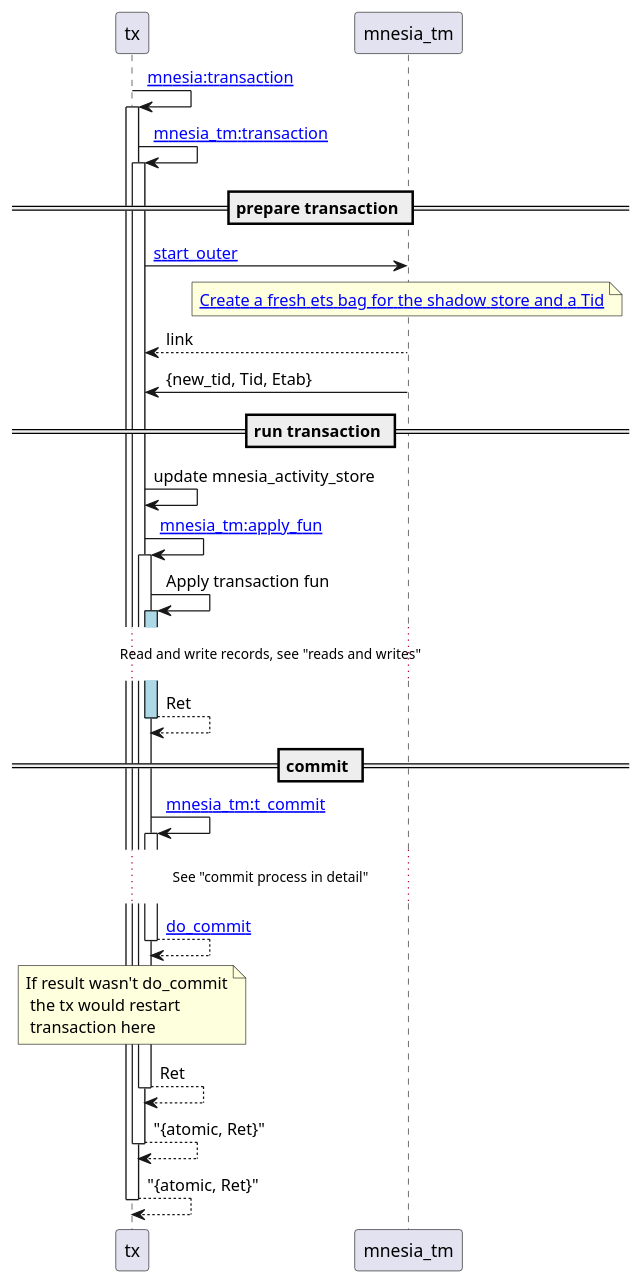
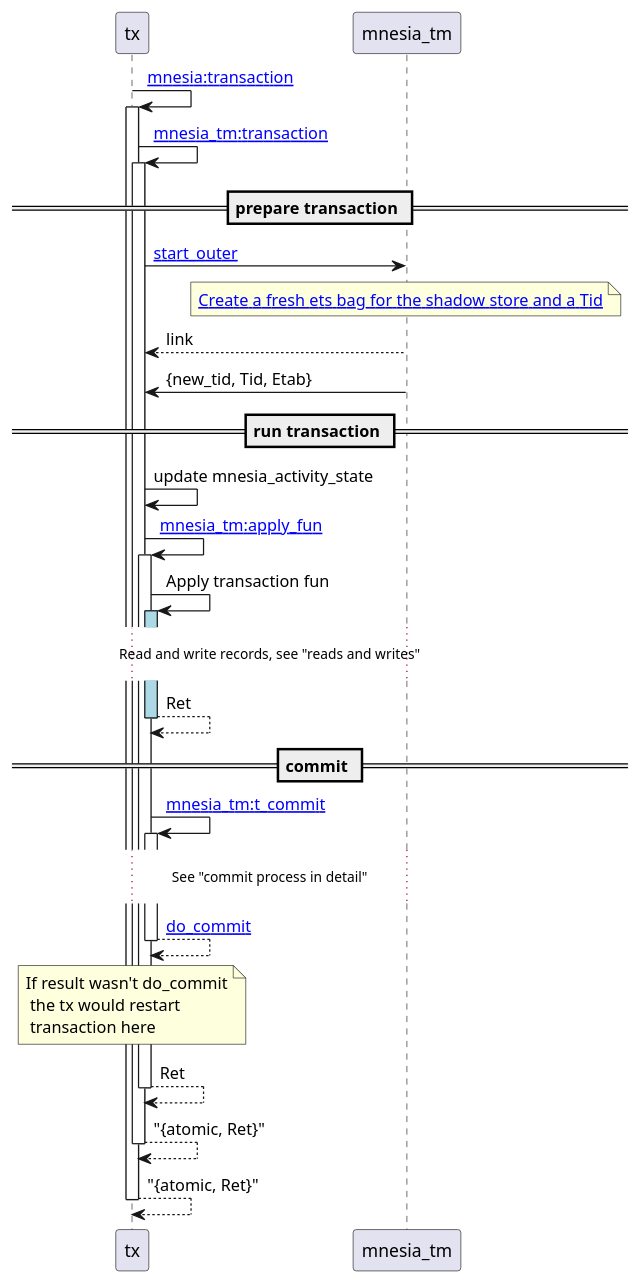
One commit to k32/k32 changed the first of 3 diagrams in posts/2021-04-26-mnesia.org. Above: the diagram before and after it, drawn with PlantUML. The commit also changed other lines of this file and 3 other files, not shown here.

Commit message:
More on transaction flow

```diff
--- a/posts/2021-04-26-mnesia.org
+++ b/posts/2021-04-26-mnesia.org
@@ -16,35 +17,35 @@
 #+begin_src plantuml :file mnesia_trans.svg
 participant tx
 participant mnesia_tm
 
 tx -> tx++ : [[https://github.com/erlang/otp/blob/OTP-24.0/lib/mnesia/src/mnesia.erl#L418 mnesia:transaction]]
 tx -> tx++ : [[https://github.com/erlang/otp/blob/OTP-24.0/lib/mnesia/src/mnesia_tm.erl#L761 mnesia_tm:transaction]]
 
 == prepare transaction ==
   tx -> mnesia_tm : [[https://github.com/erlang/otp/blob/OTP-24.0/lib/mnesia/src/mnesia_tm.erl#L777 start_outer]]
     note over mnesia_tm: [[https://github.com/erlang/otp/blob/OTP-24.0/lib/mnesia/src/mnesia_tm.erl#L232 Create a fresh ets bag for the shadow store and a Tid]]
   tx <-- mnesia_tm : link
   tx <- mnesia_tm : {new_tid, Tid, Etab}
 
 == run transaction ==
-  tx -> tx : update mnesia_activity_store
+  tx -> tx : update mnesia_activity_state
   tx -> tx ++ : [[https://github.com/erlang/otp/blob/OTP-24.0/lib/mnesia/src/mnesia_tm.erl#L841 mnesia_tm:apply_fun]]
     tx -> tx++ #LightBlue : Apply transaction fun
 
 ... Read and write records, see "reads and writes" ...
 
     return Ret
 
 == commit ==
 
     tx -> tx++ : [[https://github.com/erlang/otp/blob/OTP-24.0/lib/mnesia/src/mnesia_tm.erl#L1094 mnesia_tm:t_commit]]
 
 ... See "commit process in detail" ...
 
     return [[https://github.com/erlang/otp/blob/OTP-24.0/lib/mnesia/src/mnesia_tm.erl#L844 do_commit]]
 
     note over tx : If result wasn't do_commit\n the tx would restart\n transaction here
   return Ret
 return "{atomic, Ret}"
 return "{atomic, Ret}"
 #+end_src
```
